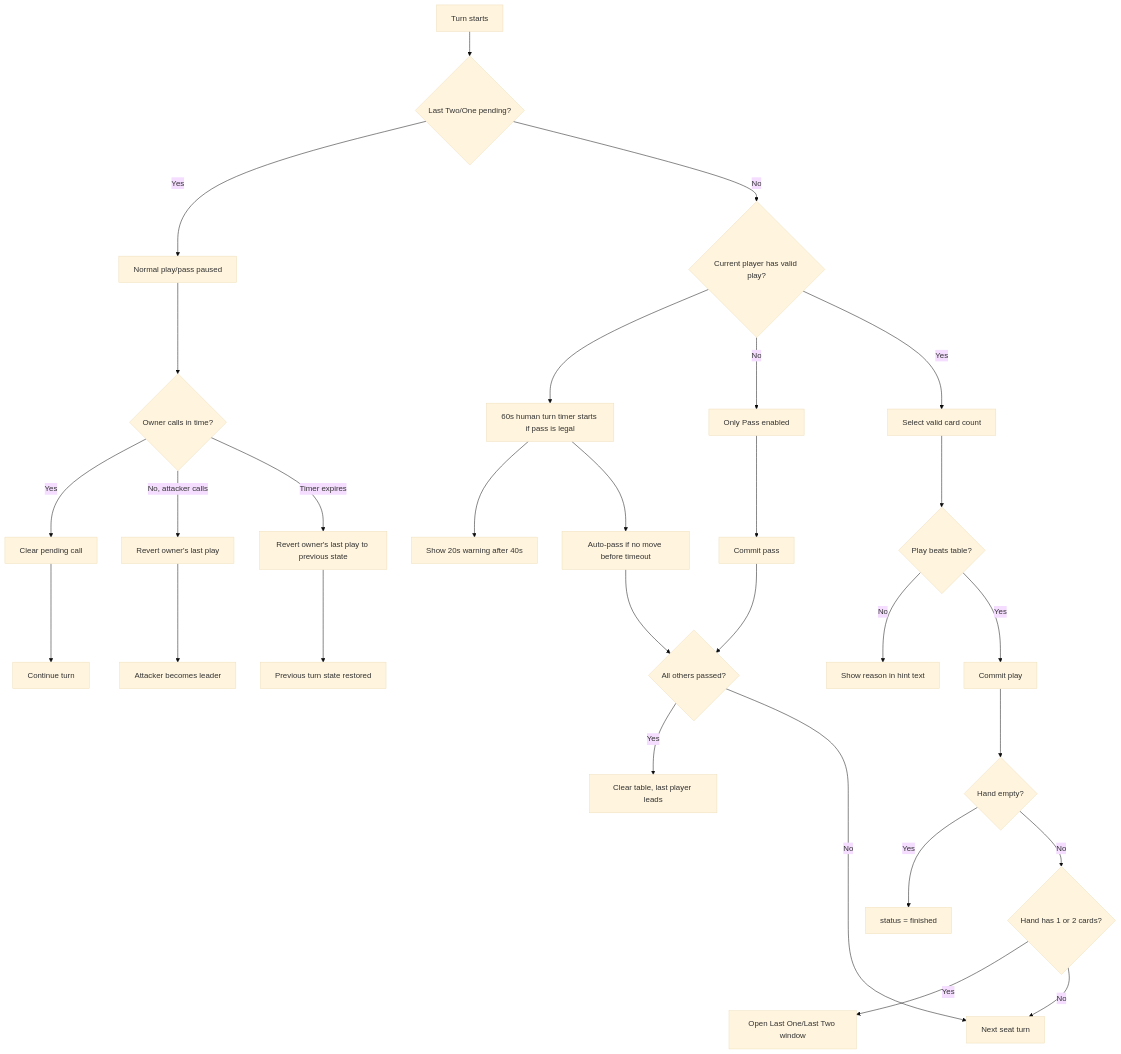
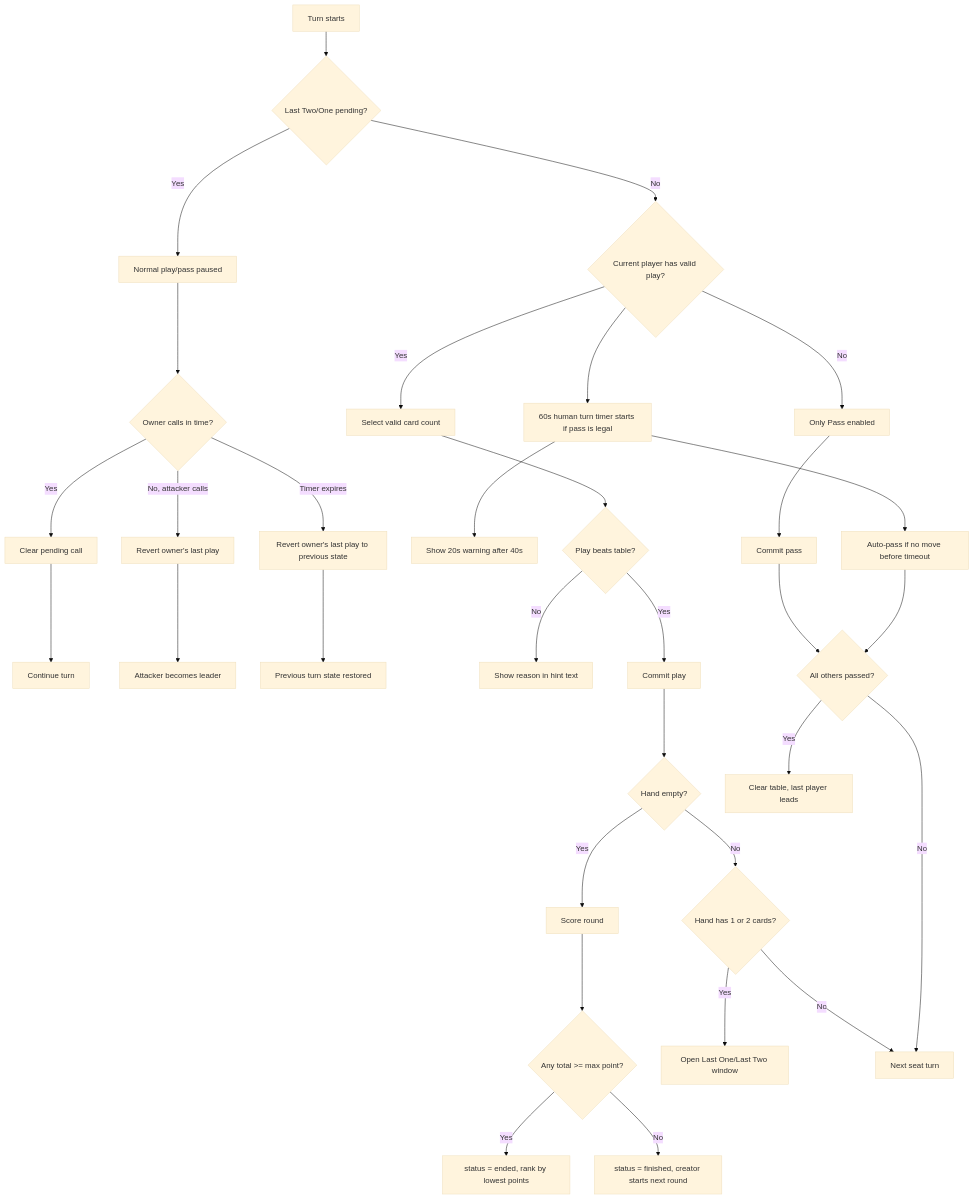
Before and after one commit to Sourav9063/watchtogether: the second of 5 diagrams in src/app/big-two/README.md, drawn with Mermaid (base theme). The commit also changed other lines of this file and 5 other files, not shown here.

````diff
--- a/src/app/big-two/README.md
+++ b/src/app/big-two/README.md
@@ -85,31 +90,34 @@
 ```mermaid
 flowchart TD
   A[Turn starts] --> B{Last Two/One pending?}
   B -- Yes --> C[Normal play/pass paused]
   C --> D{Owner calls in time?}
   D -- Yes --> E[Clear pending call]
   D -- No, attacker calls --> F[Revert owner's last play]
   D -- Timer expires --> G[Revert owner's last play to previous state]
   E --> H[Continue turn]
   F --> I[Attacker becomes leader]
   G --> J[Previous turn state restored]
   B -- No --> K{Current player has valid play?}
   K --> Y[60s human turn timer starts if pass is legal]
   Y --> AA[Show 20s warning after 40s]
   Y --> Z[Auto-pass if no move before timeout]
   K -- No --> L[Only Pass enabled]
   K -- Yes --> M[Select valid card count]
   M --> N{Play beats table?}
   N -- No --> O[Show reason in hint text]
   N -- Yes --> P[Commit play]
   L --> Q[Commit pass]
   P --> R{Hand empty?}
-  R -- Yes --> S[status = finished]
+  R -- Yes --> S[Score round]
+  S --> AB{Any total >= max point?}
+  AB -- Yes --> AC[status = ended, rank by lowest points]
+  AB -- No --> AD[status = finished, creator starts next round]
   R -- No --> T{Hand has 1 or 2 cards?}
   T -- Yes --> U[Open Last One/Last Two window]
   T -- No --> V[Next seat turn]
   Q --> W{All others passed?}
   Z --> W
   W -- Yes --> X[Clear table, last player leads]
   W -- No --> V
 ```
````
